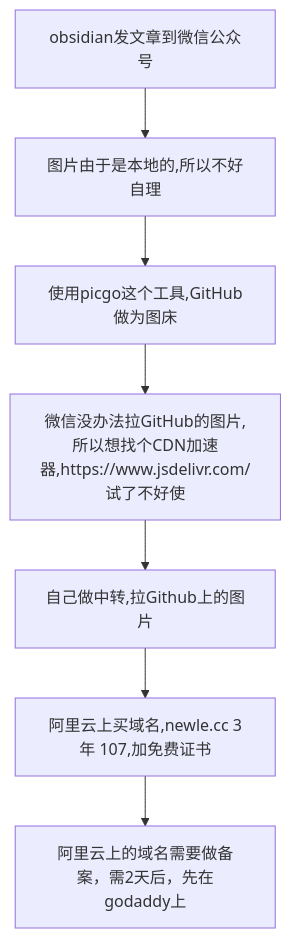
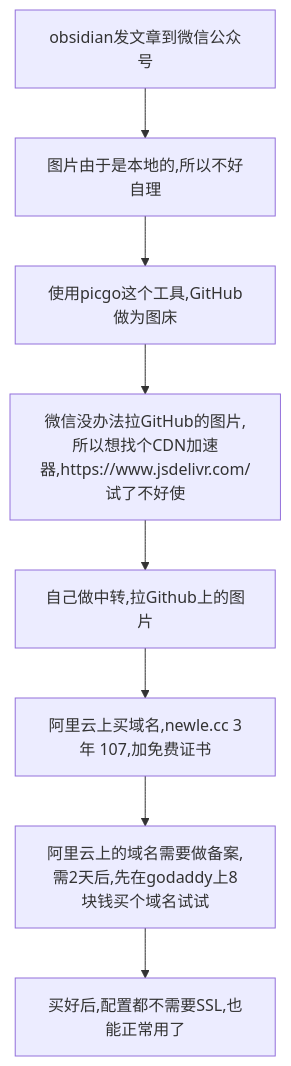
One commit to newle/newle.github.io changed the diagram in z_daily/2022-12-27.md. Above: the diagram before and after it, drawn with Mermaid. The commit also changed other lines of this file and 2 other files, not shown here.

````diff
--- a/z_daily/2022-12-27.md
+++ b/z_daily/2022-12-27.md
@@ -2,11 +2,11 @@
 ```mermaid
 graph TD
 
 A[obsidian发文章到微信公众号] --> B[图片由于是本地的,所以不好自理]
 B --> C[使用picgo这个工具,GitHub做为图床]
 C --> D[微信没办法拉GitHub的图片,所以想找个CDN加速器,https://www.jsdelivr.com/试了不好使]
 D --> E[自己做中转,拉Github上的图片]
 E --> F[阿里云上买域名,newle.cc 3年 107,加免费证书]
-F --> G[阿里云上的域名需要做备案，需2天后，先在godaddy上]
-
+F --> G[阿里云上的域名需要做备案,需2天后,先在godaddy上8块钱买个域名试试]
+G --> H[买好后,配置都不需要SSL,也能正常用了]
 ```
````
